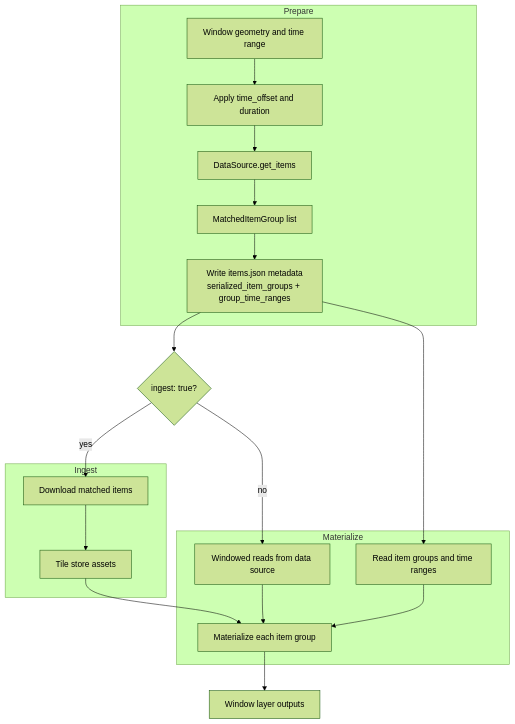
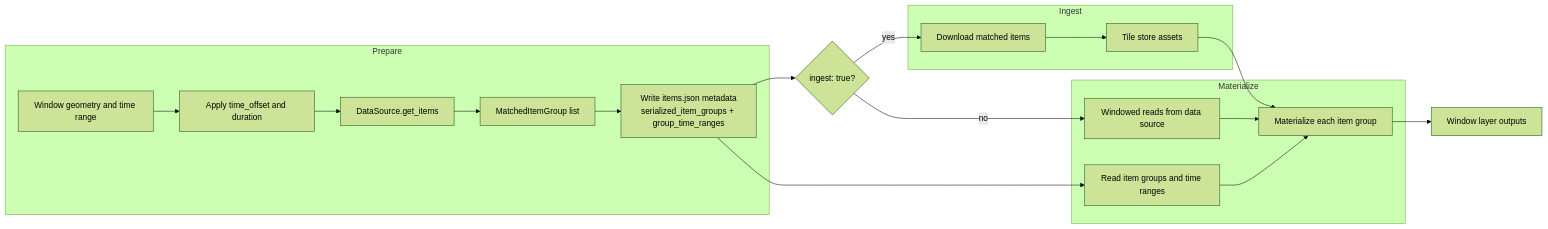
Before and after one commit to allenai/rslearn: the diagram in docs/dataset_config/DataSourceConfig.md, drawn with Mermaid (forest theme).

Commit message:
Fix flowchart direction in DataSourceConfig documentation

````diff
--- a/docs/dataset_config/DataSourceConfig.md
+++ b/docs/dataset_config/DataSourceConfig.md
@@ -69,29 +69,29 @@
 ```mermaid
-flowchart TD
+flowchart LR
     subgraph prepare["Prepare"]
         window["Window geometry and time range"] --> request["Apply time_offset and duration"]
         request --> get_items["DataSource.get_items"]
         get_items --> matched_groups["MatchedItemGroup list"]
         matched_groups --> items_json["Write items.json metadata\nserialized_item_groups + group_time_ranges"]
     end
 
     items_json --> ingest_flag{"ingest: true?"}
 
     subgraph ingest_phase["Ingest"]
         ingest["Download matched items"]
         ingest --> tile_store["Tile store assets"]
     end
 
     subgraph materialize_phase["Materialize"]
         read_metadata["Read item groups and time ranges"]
         direct_reads["Windowed reads from data source"]
         read_metadata --> materialize["Materialize each item group"]
         tile_store --> materialize
         direct_reads --> materialize
     end
 
     ingest_flag -->|yes| ingest
     ingest_flag -->|no| direct_reads
     items_json --> read_metadata
     materialize --> outputs["Window layer outputs"]
 ```
````
